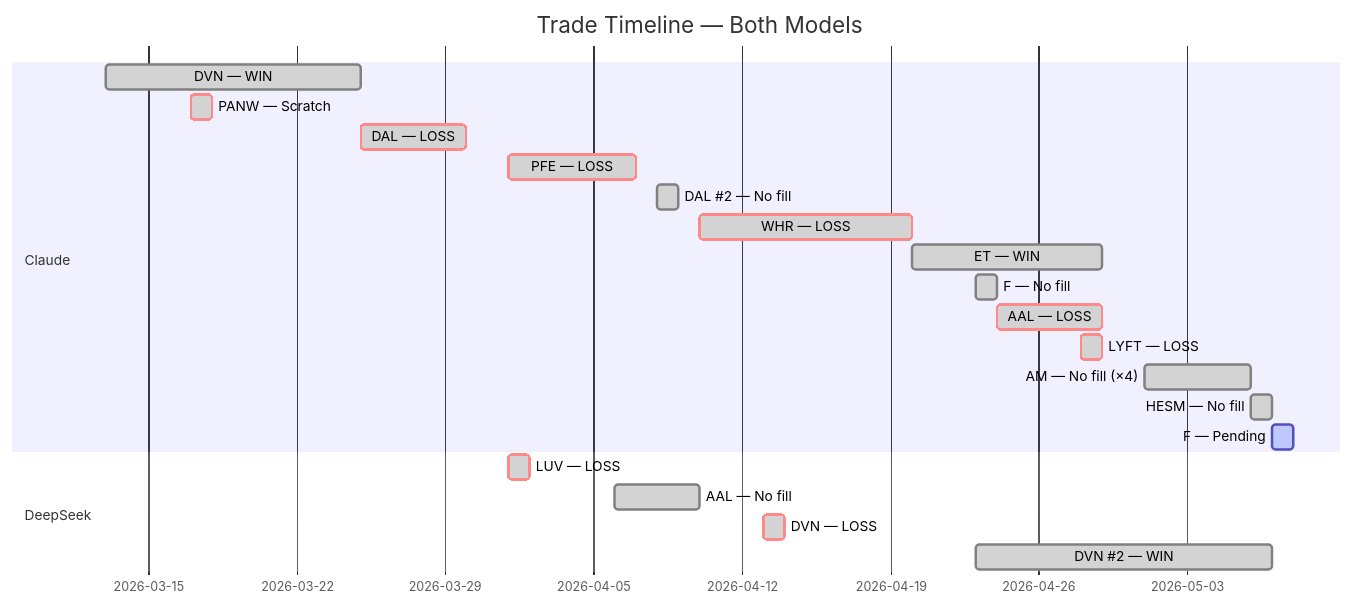
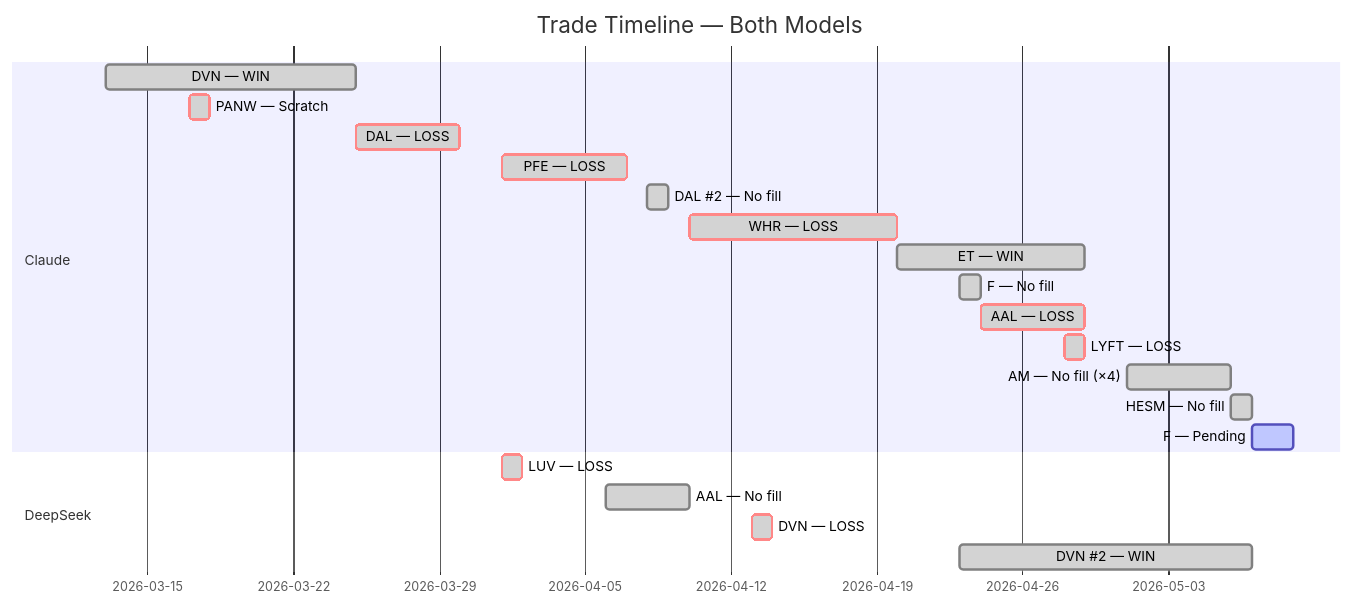
Before and after one commit to zachisit/ai-auto-buy-thesis: the fifth of 5 diagrams in README.md, drawn with Mermaid. The commit also changed other lines of this file and 2 other files, not shown here.

````diff
--- a/README.md
+++ b/README.md
@@ -63,24 +63,24 @@
 ```mermaid
 gantt
     title Trade Timeline — Both Models
     dateFormat YYYY-MM-DD
     section Claude
     DVN — WIN            :done,    2026-03-13, 2026-03-25
     PANW — Scratch       :crit, done, 2026-03-17, 2026-03-18
     DAL — LOSS           :crit, done, 2026-03-25, 2026-03-30
     PFE — LOSS           :crit, done, 2026-04-01, 2026-04-07
     DAL #2 — No fill     :done,    2026-04-08, 2026-04-09
     WHR — LOSS           :crit, done, 2026-04-10, 2026-04-20
     ET — WIN             :done,    2026-04-20, 2026-04-29
     F — No fill          :done,    2026-04-23, 2026-04-24
     AAL — LOSS           :crit, done, 2026-04-24, 2026-04-29
     LYFT — LOSS          :crit, done, 2026-04-28, 2026-04-29
     AM — No fill (×4)    :done,    2026-05-01, 2026-05-06
     HESM — No fill       :done,    2026-05-06, 2026-05-07
-    F — Pending          :active,  2026-05-07, 2026-05-08
+    F — Pending          :active,  2026-05-07, 2026-05-09
     section DeepSeek
     LUV — LOSS           :crit, done, 2026-04-01, 2026-04-02
     AAL — No fill        :done,    2026-04-06, 2026-04-10
     DVN — LOSS           :crit, done, 2026-04-13, 2026-04-14
     DVN #2 — WIN         :done,    2026-04-23, 2026-05-07
 ```
````
